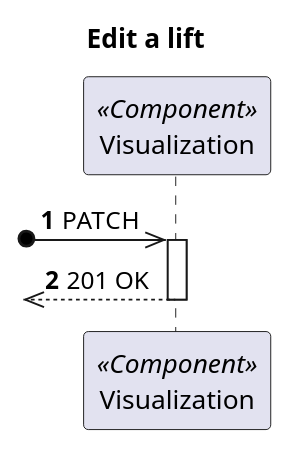
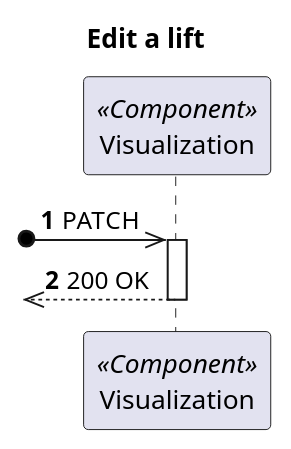
One commit to 1210910/lapr5 changed the diagram in docs/VistaProcesso/US280/InformationManager/ProcessView_Level2_US280.puml. Above: the diagram before and after it, drawn with PlantUML.

Commit message:
S5P-84 Process Views alteration (US280)

```diff
--- a/docs/VistaProcesso/US280/InformationManager/ProcessView_Level2_US280.puml
+++ b/docs/VistaProcesso/US280/InformationManager/ProcessView_Level2_US280.puml
@@ -1,16 +1,16 @@
 @startuml
 'https://plantuml.com/sequence-diagram
 
 autonumber
 skinparam packageStyle rect
 
 title Edit a lift
 
 participant "Visualization" as MD <<Component>>
 
 ?o->> MD : PATCH
 
 activate MD
-?o<<--- MD : 201 OK
+?o<<--- MD : 200 OK
 deactivate MD
 @enduml
```
